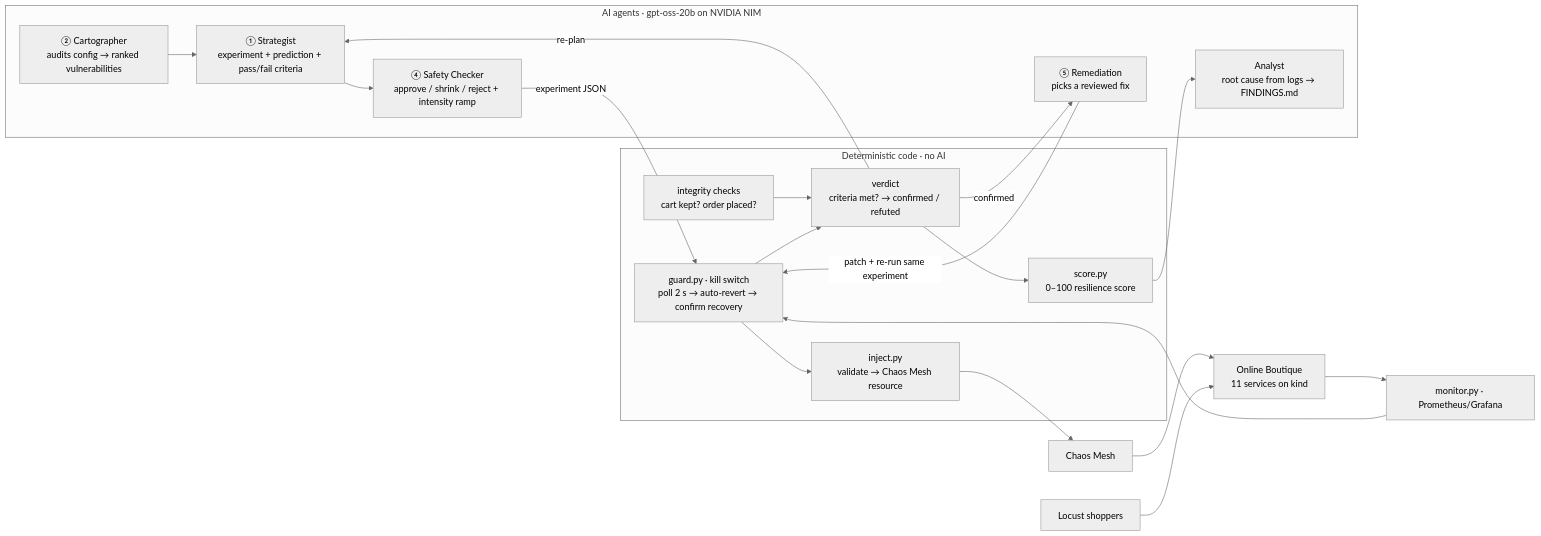
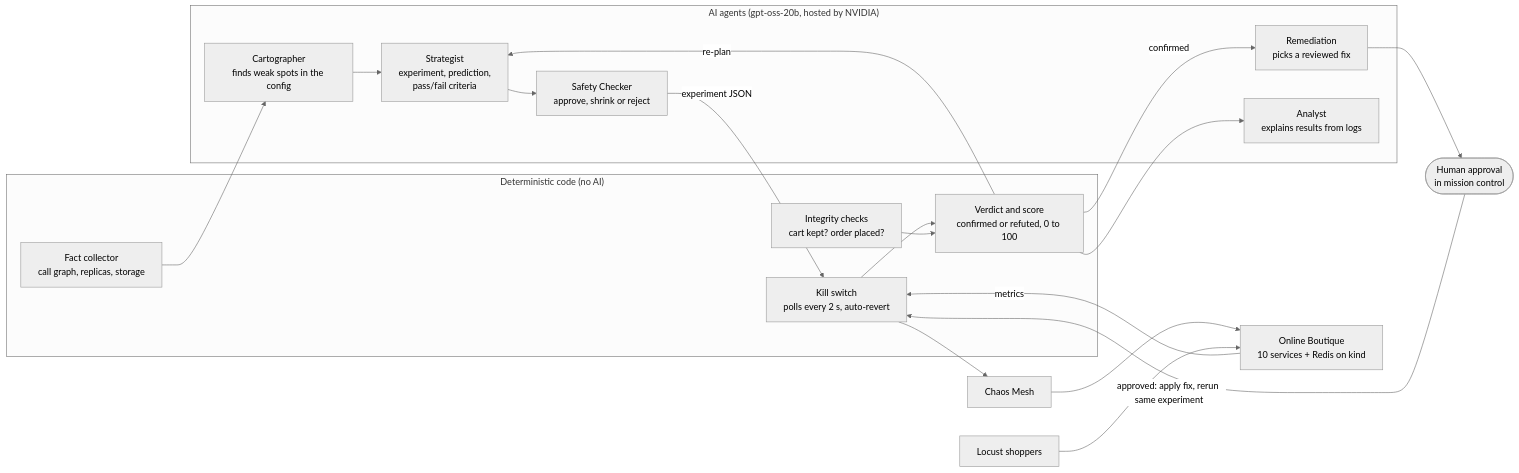
The diagram in docs/ARCHITECTURE.md (Gotha8972/FantasticFour), drawn with Mermaid (neutral theme) before and after one commit. The commit also changed other lines of this file and 15 other files, not shown here.

Commit message:
Submission-ready deliverables: README, findings report (11 ranked findings from all 8 AI runs and manual evidence), architecture overview and team form rewritten; scoreboard covers all 8 runs and 11 AI-loop fixes; coverage table brought up to date; plain punctuation throughout

````diff
--- a/docs/ARCHITECTURE.md
+++ b/docs/ARCHITECTURE.md
@@ -3,24 +7,25 @@
 ```mermaid
 flowchart LR
-    subgraph AI["AI agents · gpt-oss-20b on NVIDIA NIM"]
-        CA["② Cartographer<br/>audits config → ranked vulnerabilities"] --> ST["① Strategist<br/>experiment + prediction + pass/fail criteria"]
-        ST --> SC["④ Safety Checker<br/>approve / shrink / reject + intensity ramp"]
-        AN["Analyst<br/>root cause from logs → FINDINGS.md"]
-        RM["⑤ Remediation<br/>picks a reviewed fix"]
+    subgraph AI["AI agents (gpt-oss-20b, hosted by NVIDIA)"]
+        CA["Cartographer<br/>finds weak spots in the config"] --> ST["Strategist<br/>experiment, prediction,<br/>pass/fail criteria"]
+        ST --> SC["Safety Checker<br/>approve, shrink or reject"]
+        RM["Remediation<br/>picks a reviewed fix"]
+        AN["Analyst<br/>explains results from logs"]
     end
-    subgraph CODE["Deterministic code · no AI"]
-        INJ["inject.py<br/>validate → Chaos Mesh resource"]
-        GU["guard.py · kill switch<br/>poll 2 s → auto-revert → confirm recovery"]
-        INT["integrity checks<br/>cart kept? order placed?"]
-        SCO["score.py<br/>0–100 resilience score"]
-        VER["verdict<br/>criteria met? → confirmed / refuted"]
+    subgraph CODE["Deterministic code (no AI)"]
+        FA["Fact collector<br/>call graph, replicas, storage"]
+        GU["Kill switch<br/>polls every 2 s, auto-revert"]
+        INT["Integrity checks<br/>cart kept? order placed?"]
+        VER["Verdict and score<br/>confirmed or refuted, 0 to 100"]
     end
-    SC -->|experiment JSON| GU --> INJ --> CM["Chaos Mesh"] --> APP["Online Boutique<br/>11 services on kind"]
+    HU(["Human approval<br/>in mission control"])
+    FA --> CA
+    SC -->|experiment JSON| GU --> CM["Chaos Mesh"] --> APP["Online Boutique<br/>10 services + Redis on kind"]
     LG["Locust shoppers"] --> APP
-    APP --> MON["monitor.py · Prometheus/Grafana"] --> GU
+    APP -->|metrics| GU
+    GU --> VER
     INT --> VER
-    GU --> VER --> SCO
     VER -->|re-plan| ST
-    VER -->|confirmed| RM -->|patch + re-run same experiment| GU
-    SCO --> AN
+    VER -->|confirmed| RM --> HU -->|approved: apply fix, rerun same experiment| GU
+    VER --> AN
 ```
````
